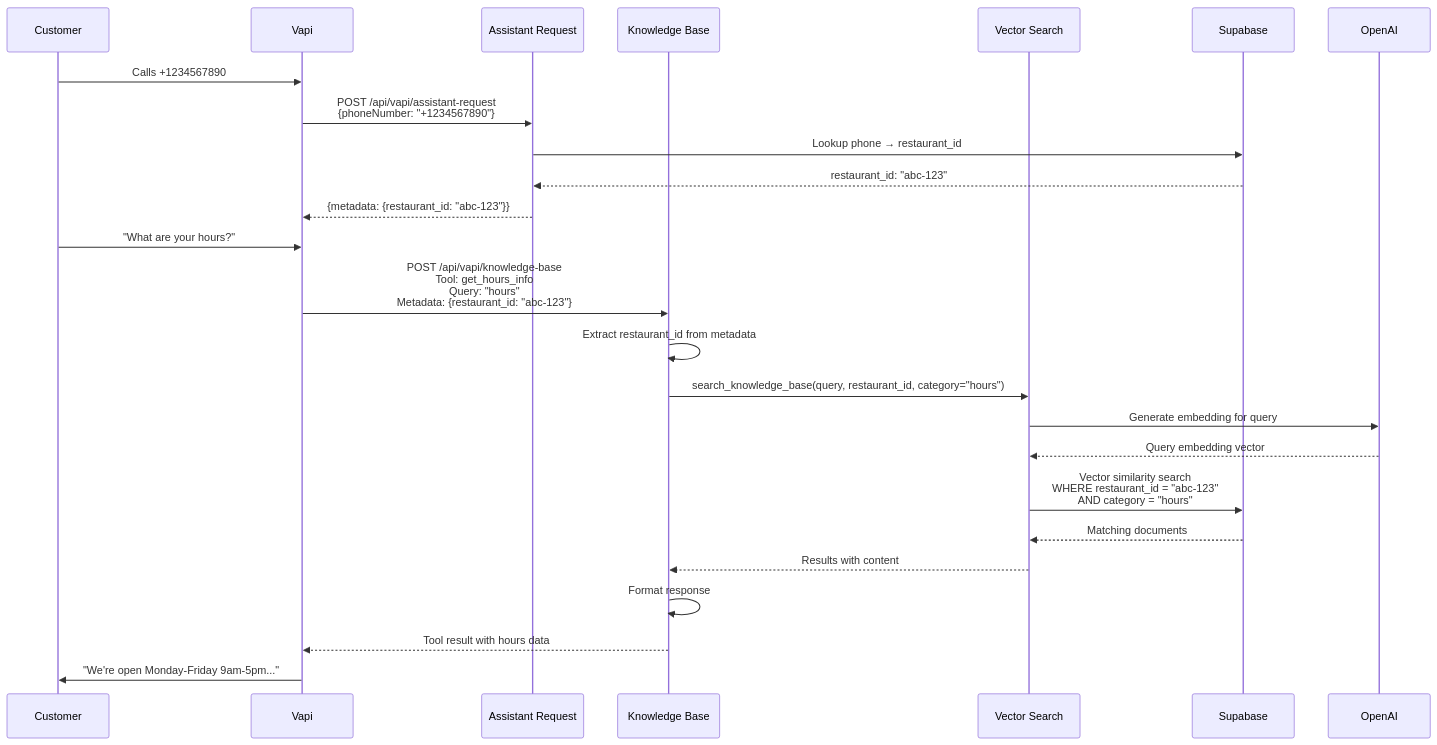
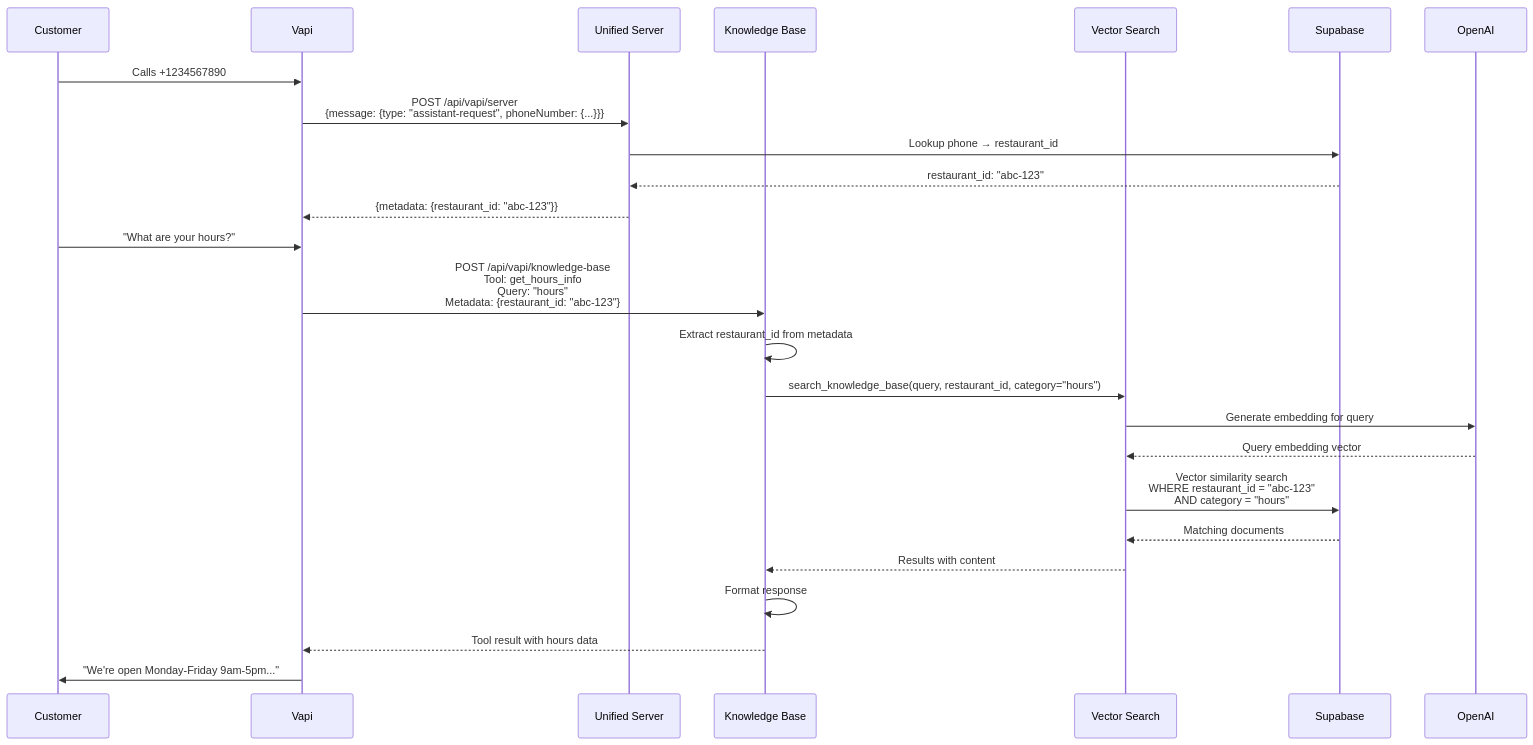
The third of 5 diagrams in backend/docs/ARCHITECTURE.md (StephaneWamba/CallEats), drawn with Mermaid before and after one commit. The commit also changed other lines of this file and 62 other files, not shown here.

````diff
--- a/backend/docs/ARCHITECTURE.md
+++ b/backend/docs/ARCHITECTURE.md
@@ -69,30 +69,30 @@
 ```mermaid
 sequenceDiagram
     participant C as Customer
     participant V as Vapi
-    participant A as Assistant Request
+    participant A as Unified Server
     participant KB as Knowledge Base
     participant VS as Vector Search
     participant S as Supabase
     participant O as OpenAI
 
     C->>V: Calls +1234567890
-    V->>A: POST /api/vapi/assistant-request<br/>{phoneNumber: "+1234567890"}
+    V->>A: POST /api/vapi/server<br/>{message: {type: "assistant-request", phoneNumber: {...}}}
     A->>S: Lookup phone → restaurant_id
     S-->>A: restaurant_id: "abc-123"
     A-->>V: {metadata: {restaurant_id: "abc-123"}}
 
     C->>V: "What are your hours?"
     V->>KB: POST /api/vapi/knowledge-base<br/>Tool: get_hours_info<br/>Query: "hours"<br/>Metadata: {restaurant_id: "abc-123"}
 
     KB->>KB: Extract restaurant_id from metadata
     KB->>VS: search_knowledge_base(query, restaurant_id, category="hours")
     VS->>O: Generate embedding for query
     O-->>VS: Query embedding vector
     VS->>S: Vector similarity search<br/>WHERE restaurant_id = "abc-123"<br/>AND category = "hours"
     S-->>VS: Matching documents
     VS-->>KB: Results with content
     KB->>KB: Format response
     KB-->>V: Tool result with hours data
     V->>C: "We're open Monday-Friday 9am-5pm..."
 ```
````
